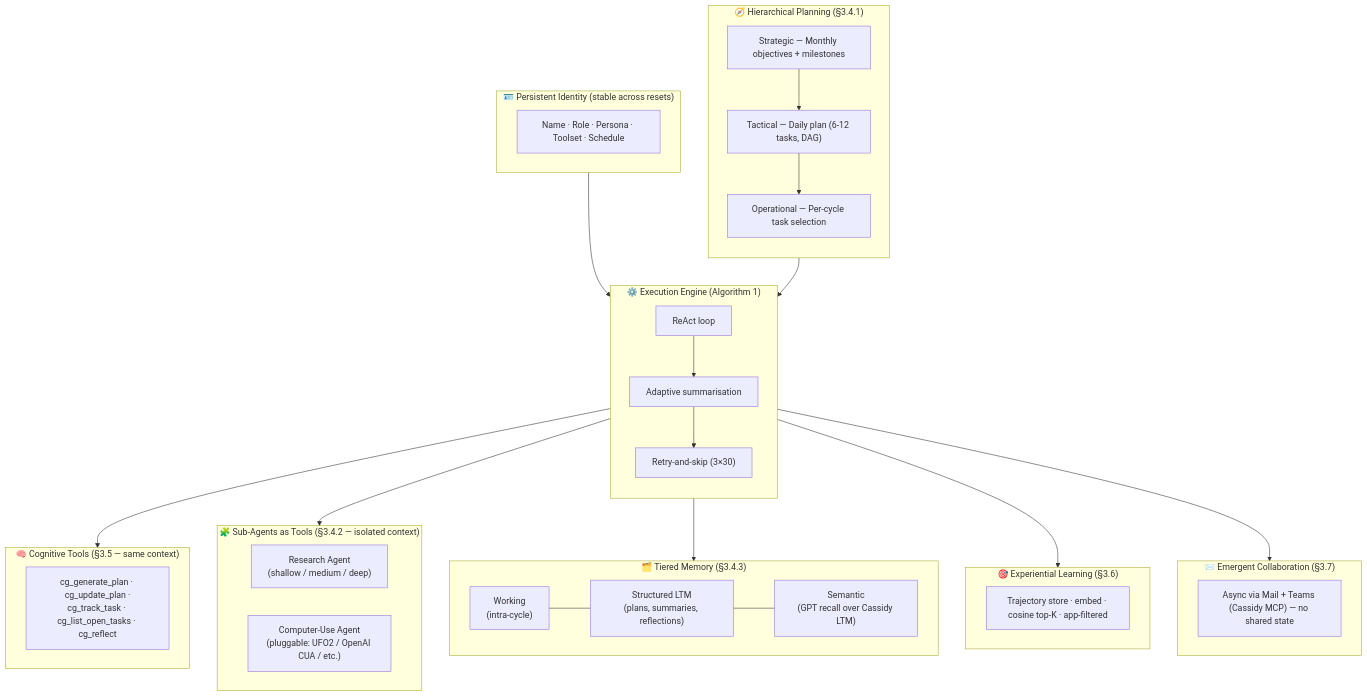
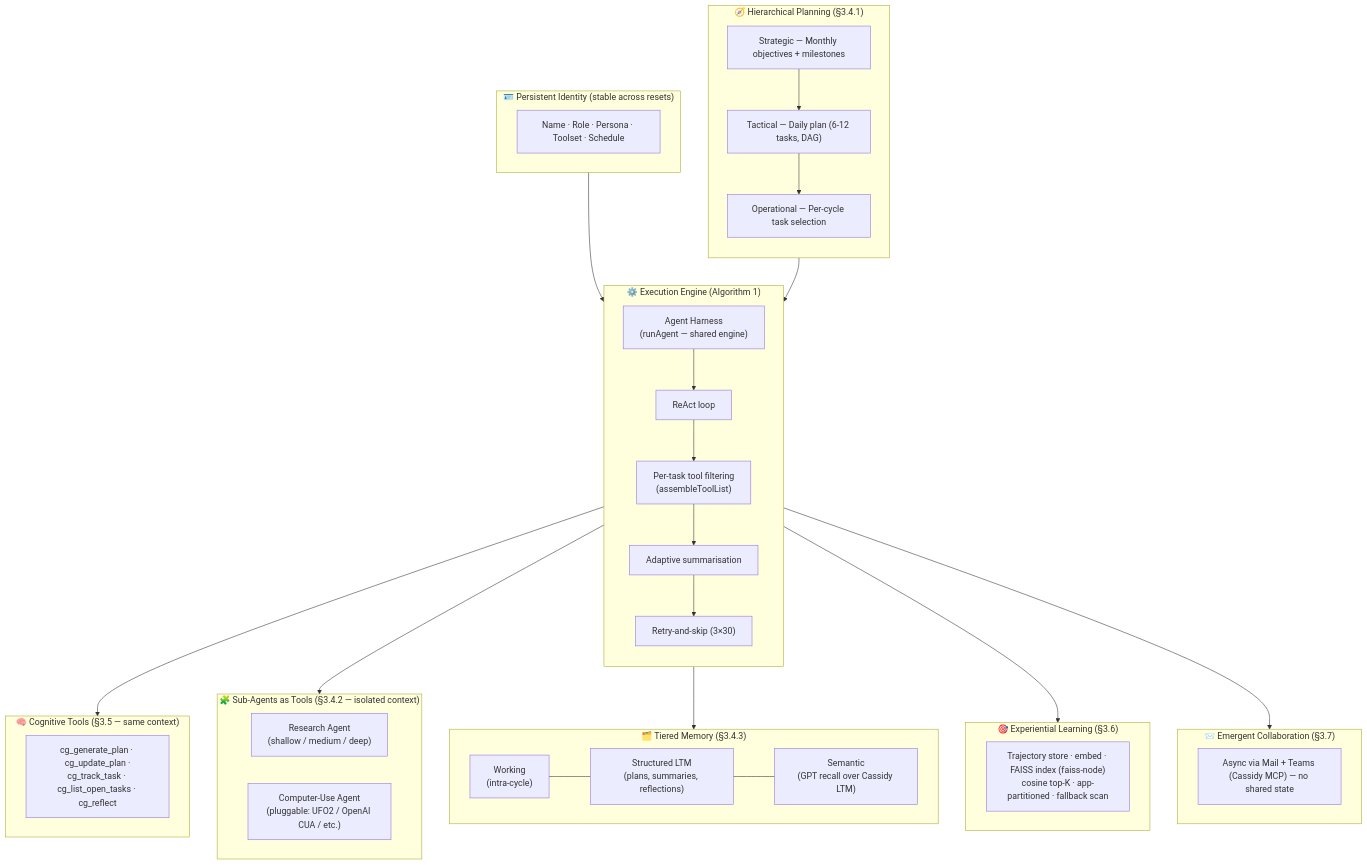
Before and after one commit to ITSpecialist111/Cassidy-Enterprise-Operations-Manager: the second of 2 diagrams in cassidy/src/corpgen/README.md, drawn with Mermaid. The commit also changed other lines of this file and 4 other files, not shown here.

````diff
--- a/cassidy/src/corpgen/README.md
+++ b/cassidy/src/corpgen/README.md
@@ -73,55 +77,57 @@
 ```mermaid
 flowchart TB
     subgraph Identity["🪪 Persistent Identity (stable across resets)"]
         ID["Name · Role · Persona · Toolset · Schedule"]
     end
 
     subgraph Planning["🧭 Hierarchical Planning  (§3.4.1)"]
         direction TB
         P1["Strategic — Monthly objectives + milestones"]
         P2["Tactical — Daily plan (6-12 tasks, DAG)"]
         P3["Operational — Per-cycle task selection"]
         P1 --> P2 --> P3
     end
 
     subgraph Engine["⚙️ Execution Engine  (Algorithm 1)"]
         direction TB
+        EE0["Agent Harness<br/>(runAgent — shared engine)"]
         EE1["ReAct loop"]
-        EE2["Adaptive summarisation"]
-        EE3["Retry-and-skip (3×30)"]
-        EE1 --> EE2 --> EE3
+        EE2["Per-task tool filtering<br/>(assembleToolList)"]
+        EE3["Adaptive summarisation"]
+        EE4["Retry-and-skip (3×30)"]
+        EE0 --> EE1 --> EE2 --> EE3 --> EE4
     end
 
     subgraph Cognitive["🧠 Cognitive Tools  (§3.5 — same context)"]
         CT["cg_generate_plan · cg_update_plan ·<br/>cg_track_task · cg_list_open_tasks · cg_reflect"]
     end
 
     subgraph SubAgents["🧩 Sub-Agents as Tools  (§3.4.2 — isolated context)"]
         SA1["Research Agent<br/>(shallow / medium / deep)"]
         SA2["Computer-Use Agent<br/>(pluggable: UFO2 / OpenAI CUA / etc.)"]
     end
 
     subgraph Memory["🗂️ Tiered Memory  (§3.4.3)"]
         direction LR
         M1["Working<br/>(intra-cycle)"]
         M2["Structured LTM<br/>(plans, summaries, reflections)"]
         M3["Semantic<br/>(GPT recall over Cassidy LTM)"]
         M1 --- M2 --- M3
     end
 
     subgraph Exp["🎯 Experiential Learning  (§3.6)"]
-        EX["Trajectory store · embed · cosine top-K · app-filtered"]
+        EX["Trajectory store · embed · FAISS index (faiss-node)<br/>cosine top-K · app-partitioned · fallback scan"]
     end
 
     subgraph Coord["📨 Emergent Collaboration  (§3.7)"]
         CO["Async via Mail + Teams (Cassidy MCP) — no shared state"]
     end
 
     Identity --> Engine
     Planning --> Engine
     Engine --> Cognitive
     Engine --> SubAgents
     Engine --> Memory
     Engine --> Exp
     Engine --> Coord
 ```
````
